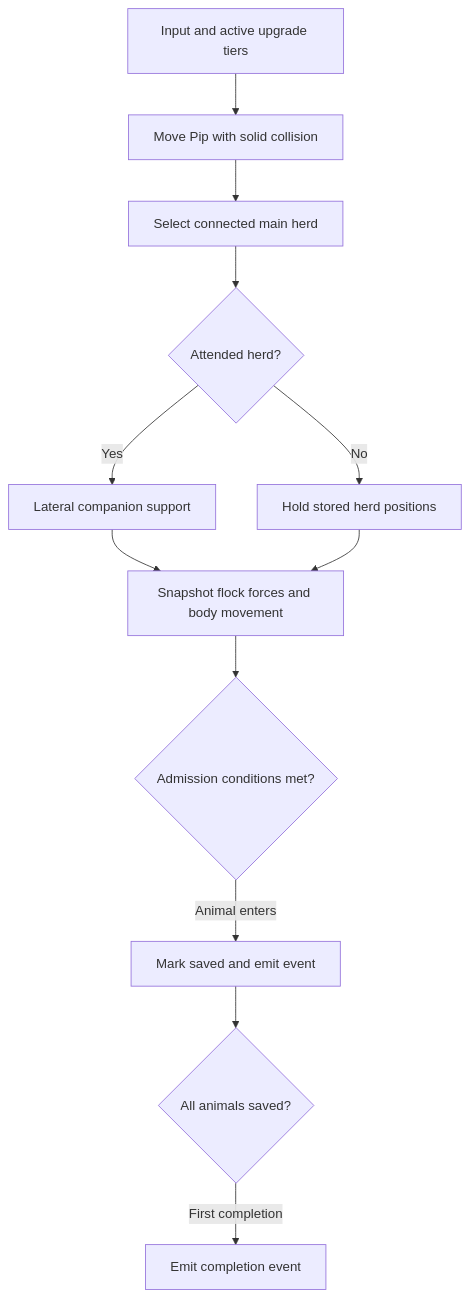
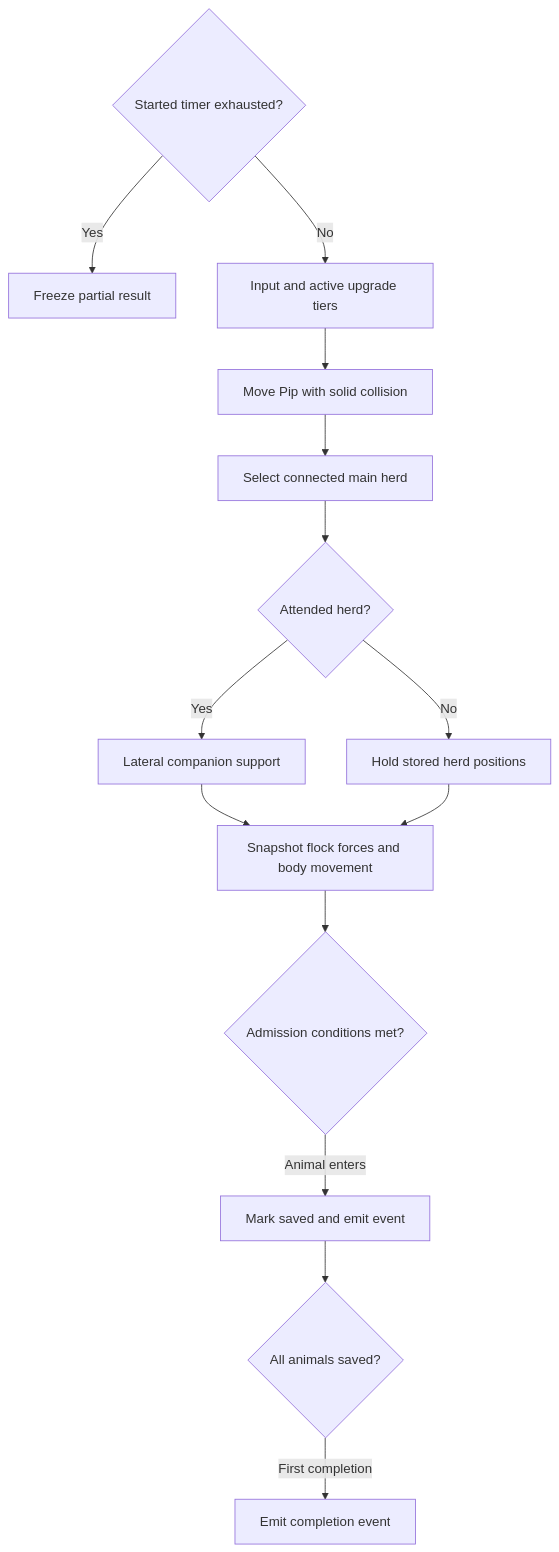
One commit to novydhillon/Flock changed the first of 2 diagrams in docs/systems/GAMEPLAY.md. Above: the diagram before and after it, drawn with Mermaid. The commit also changed other lines of this file and 53 other files, not shown here.

````diff
--- a/docs/systems/GAMEPLAY.md
+++ b/docs/systems/GAMEPLAY.md
@@ -25,14 +25,16 @@
 ```mermaid
 flowchart TD
-  A[Input and active upgrade tiers] --> B[Move Pip with solid collision]
+  T{Started timer exhausted?} -->|Yes| End[Freeze partial result]
+  T -->|No| A[Input and active upgrade tiers]
+  A --> B[Move Pip with solid collision]
   B --> C[Select connected main herd]
   C --> D{Attended herd?}
   D -->|Yes| E[Lateral companion support]
   D -->|No| F[Hold stored herd positions]
   E --> G[Snapshot flock forces and body movement]
   F --> G
   G --> H{Admission conditions met?}
   H -->|Animal enters| I[Mark saved and emit event]
   I --> J{All animals saved?}
   J -->|First completion| K[Emit completion event]
 ```
````
